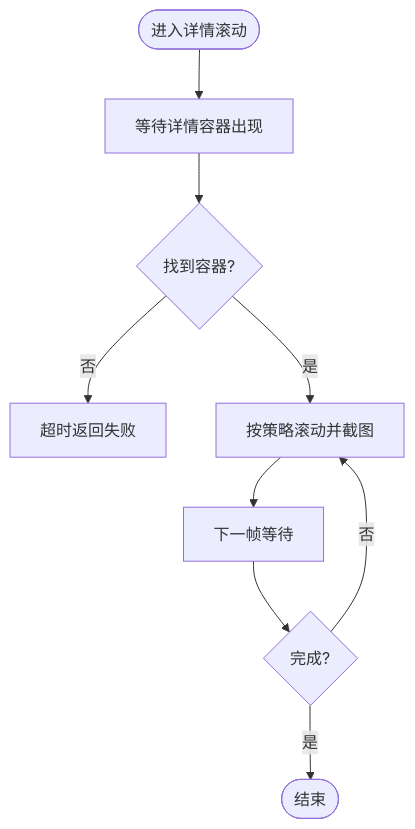
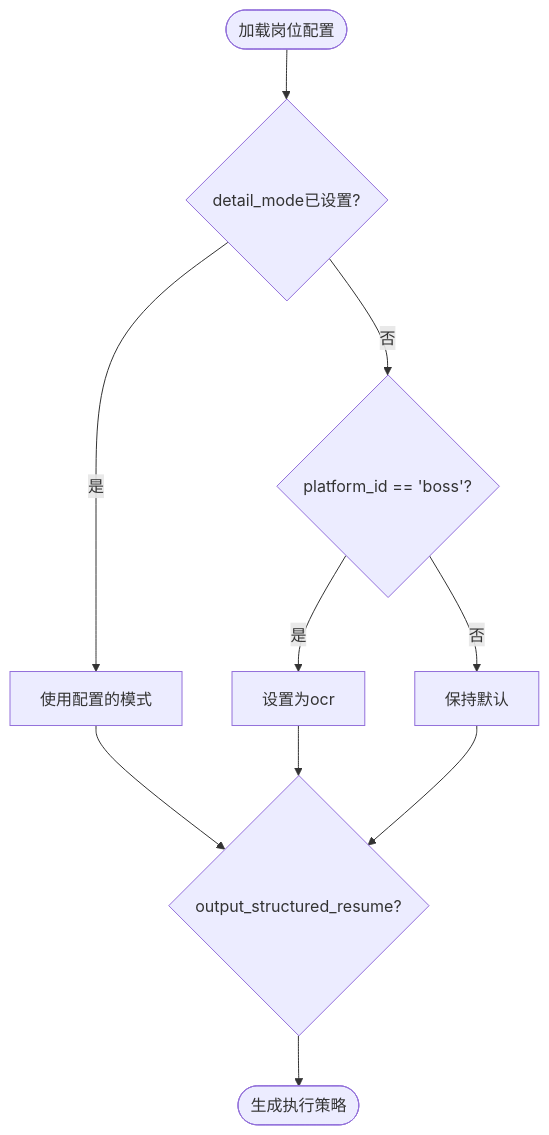
One commit to alvinwangzi/goodhr changed the sixth of 8 diagrams in .qoder/repowiki/zh/content/本地执行器/平台适配器/Boss直聘适配器/简历详情解析.md. Above: the diagram before and after it, drawn with Mermaid. The commit also changed other lines of this file and 149 other files, not shown here.

````diff
--- a/.qoder/repowiki/zh/content/本地执行器/平台适配器/Boss直聘适配器/简历详情解析.md
+++ b/.qoder/repowiki/zh/content/本地执行器/平台适配器/Boss直聘适配器/简历详情解析.md
@@ -164,11 +256,12 @@
 ```mermaid
 flowchart TD
-S(["进入详情滚动"]) --> Wait["等待详情容器出现"]
-Wait --> Found{"找到容器?"}
-Found -- 否 --> Timeout["超时返回失败"]
-Found -- 是 --> Scroll["按策略滚动并截图"]
-Scroll --> Next["下一帧等待"]
-Next --> Done{"完成?"}
-Done -- 否 --> Scroll
-Done -- 是 --> End(["结束"])
+Start(["加载岗位配置"]) --> CheckMode{"detail_mode已设置?"}
+CheckMode --> |是| UseMode["使用配置的模式"]
+CheckMode --> |否| IsBoss{"platform_id == 'boss'?"}
+IsBoss --> |是| SetOCR["设置为ocr"]
+IsBoss --> |否| KeepDefault["保持默认"]
+UseMode --> Structured{"output_structured_resume?"}
+SetOCR --> Structured
+KeepDefault --> Structured
+Structured --> End(["生成执行策略"])
 ```
````
